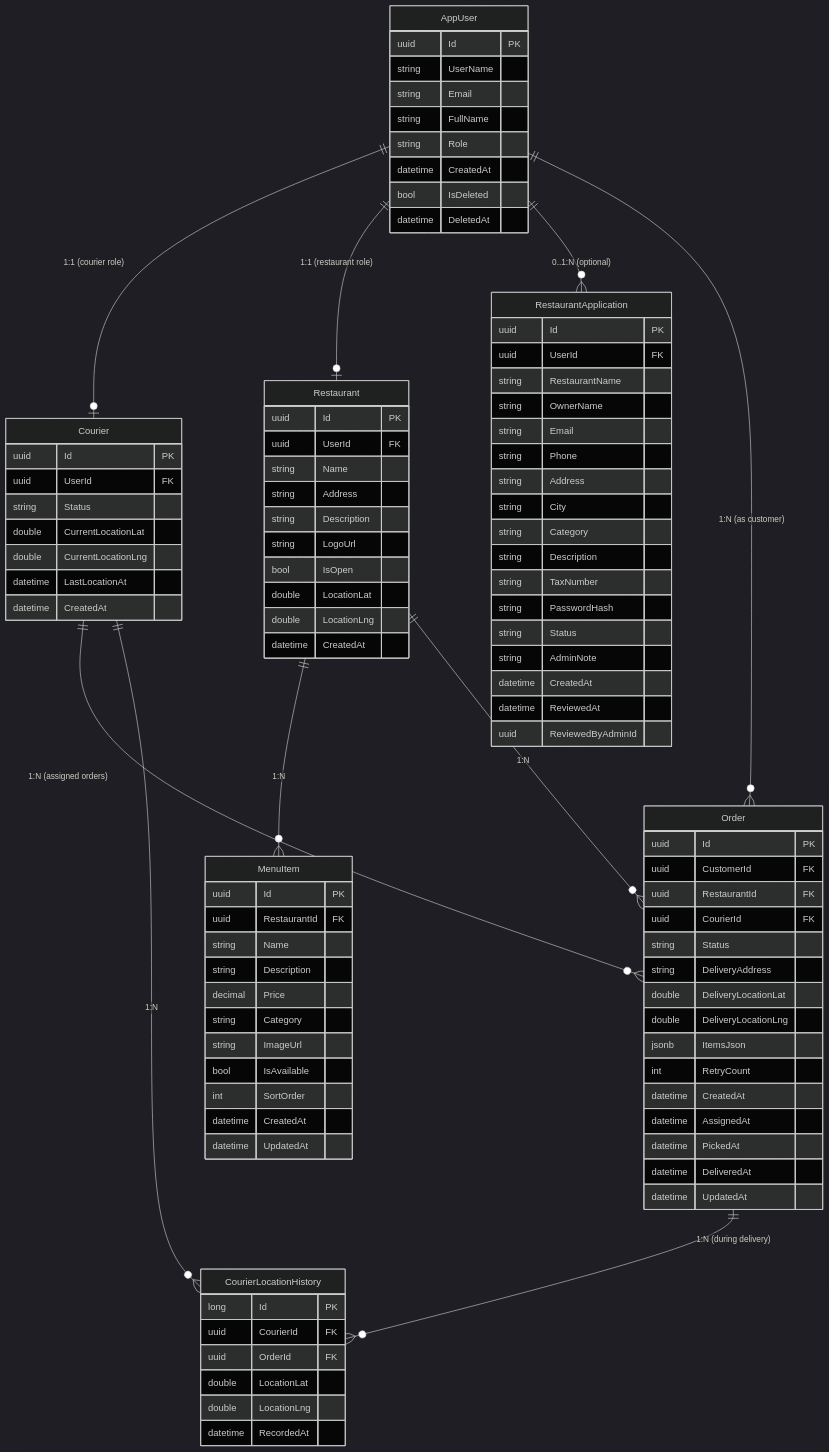
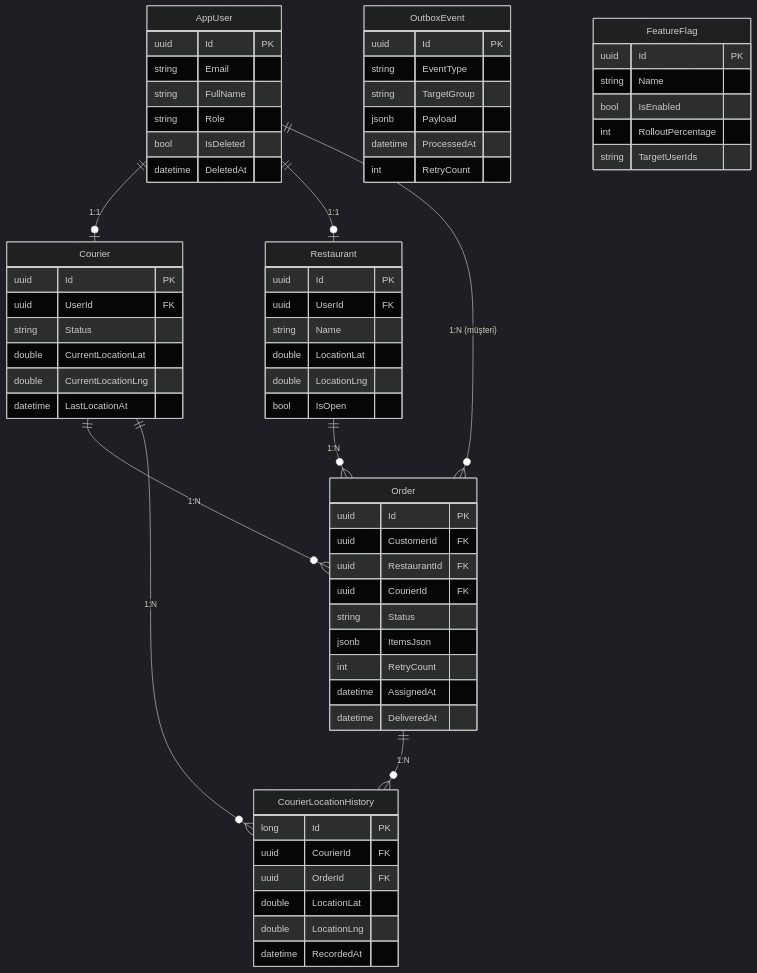
The diagram in README.md (CagatayTurunc/Gotur), drawn with Mermaid (dark theme) before and after one commit. The commit also changed other lines of this file and 36 other files, not shown here.

````diff
--- a/README.md
+++ b/README.md
@@ -131,15 +258,12 @@
 erDiagram
     AppUser {
         uuid Id PK
-        string UserName
         string Email
         string FullName
         string Role
-        datetime CreatedAt
         bool IsDeleted
         datetime DeletedAt
     }
-
     Courier {
         uuid Id PK
         uuid UserId FK
@@ -147,54 +271,41 @@
         double CurrentLocationLat
         double CurrentLocationLng
         datetime LastLocationAt
-        datetime CreatedAt
     }
-
     Restaurant {
         uuid Id PK
         uuid UserId FK
         string Name
-        string Address
-        string Description
-        string LogoUrl
-        bool IsOpen
         double LocationLat
         double LocationLng
-        datetime CreatedAt
+        bool IsOpen
     }
-
-    MenuItem {
-        uuid Id PK
-        uuid RestaurantId FK
-        string Name
-        string Description
-        decimal Price
-        string Category
-        string ImageUrl
-        bool IsAvailable
-        int SortOrder
-        datetime CreatedAt
-        datetime UpdatedAt
-    }
-
     Order {
         uuid Id PK
         uuid CustomerId FK
         uuid RestaurantId FK
         uuid CourierId FK
         string Status
-        string DeliveryAddress
-        double DeliveryLocationLat
-        double DeliveryLocationLng
         jsonb ItemsJson
         int RetryCount
-        datetime CreatedAt
         datetime AssignedAt
-        datetime PickedAt
         datetime DeliveredAt
-        datetime UpdatedAt
     }
-
+    OutboxEvent {
+        uuid Id PK
+        string EventType
+        string TargetGroup
+        jsonb Payload
+        datetime ProcessedAt
+        int RetryCount
+    }
+    FeatureFlag {
+        uuid Id PK
+        string Name
+        bool IsEnabled
+        int RolloutPercentage
+        string TargetUserIds
+    }
     CourierLocationHistory {
         long Id PK
         uuid CourierId FK
@@ -204,36 +315,11 @@
         datetime RecordedAt
     }
 
-    RestaurantApplication {
-        uuid Id PK
-        uuid UserId FK
-        string RestaurantName
-        string OwnerName
-        string Email
-        string Phone
-        string Address
-        string City
-        string Category
-        string Description
-        string TaxNumber
-        string PasswordHash
-        string Status
-        string AdminNote
-        datetime CreatedAt
-        datetime ReviewedAt
-        uuid ReviewedByAdminId
-    }
-
-    AppUser ||--o| Courier : "1:1 (courier role)"
-    AppUser ||--o| Restaurant : "1:1 (restaurant role)"
-    AppUser ||--o{ RestaurantApplication : "0..1:N (optional)"
-    AppUser ||--o{ Order : "1:N (as customer)"
-
-    Restaurant ||--o{ MenuItem : "1:N"
+    AppUser ||--o| Courier : "1:1"
+    AppUser ||--o| Restaurant : "1:1"
+    AppUser ||--o{ Order : "1:N (müşteri)"
     Restaurant ||--o{ Order : "1:N"
-
-    Courier ||--o{ Order : "1:N (assigned orders)"
+    Courier ||--o{ Order : "1:N"
     Courier ||--o{ CourierLocationHistory : "1:N"
-
-    Order ||--o{ CourierLocationHistory : "1:N (during delivery)"
+    Order ||--o{ CourierLocationHistory : "1:N"
 ```
````
